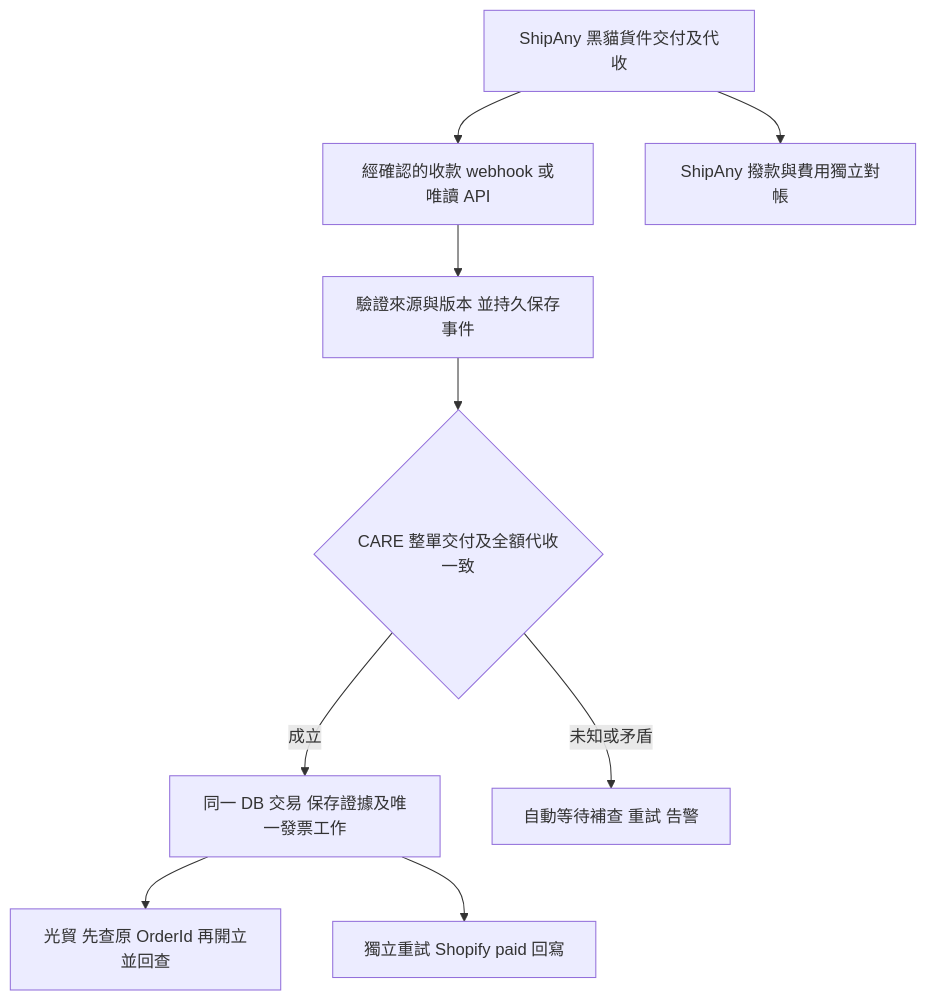
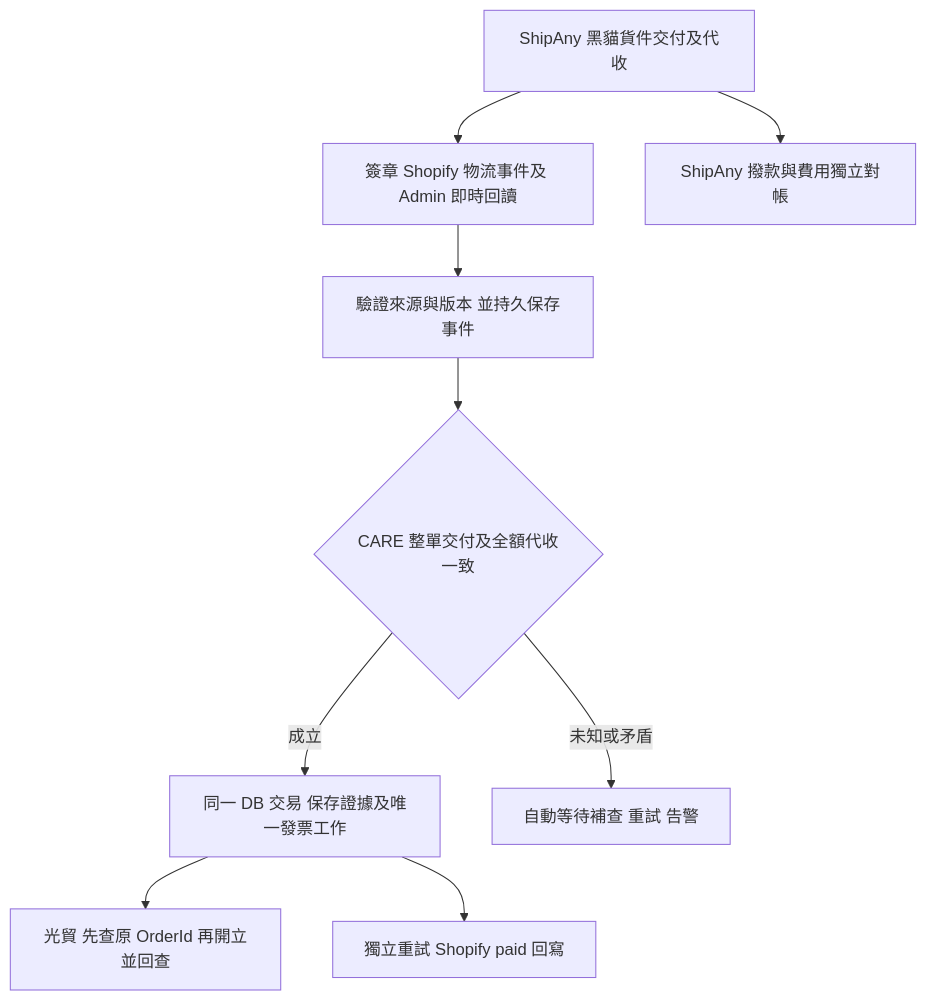
One commit to charlie6989/saengak_web changed the diagram in docs/COD_COLLECTION_INVOICE_PROPOSAL.md. Above: the diagram before and after it, drawn with Mermaid. The commit also changed other lines of this file and 38 other files, not shown here.

````diff
--- a/docs/COD_COLLECTION_INVOICE_PROPOSAL.md
+++ b/docs/COD_COLLECTION_INVOICE_PROPOSAL.md
@@ -73,11 +87,11 @@
 ```mermaid
 flowchart TD
-  A[ShipAny 黑貓貨件交付及代收] --> B[經確認的收款 webhook 或唯讀 API]
+  A[ShipAny 黑貓貨件交付及代收] --> B[簽章 Shopify 物流事件及 Admin 即時回讀]
   B --> C[驗證來源與版本 並持久保存事件]
   C --> D{CARE 整單交付及全額代收一致}
   D -->|成立| E[同一 DB 交易 保存證據及唯一發票工作]
   D -->|未知或矛盾| H[自動等待補查 重試 告警]
   E --> F[光貿 先查原 OrderId 再開立並回查]
   E --> G[獨立重試 Shopify paid 回寫]
   A --> I[ShipAny 撥款與費用獨立對帳]
 ```
````
